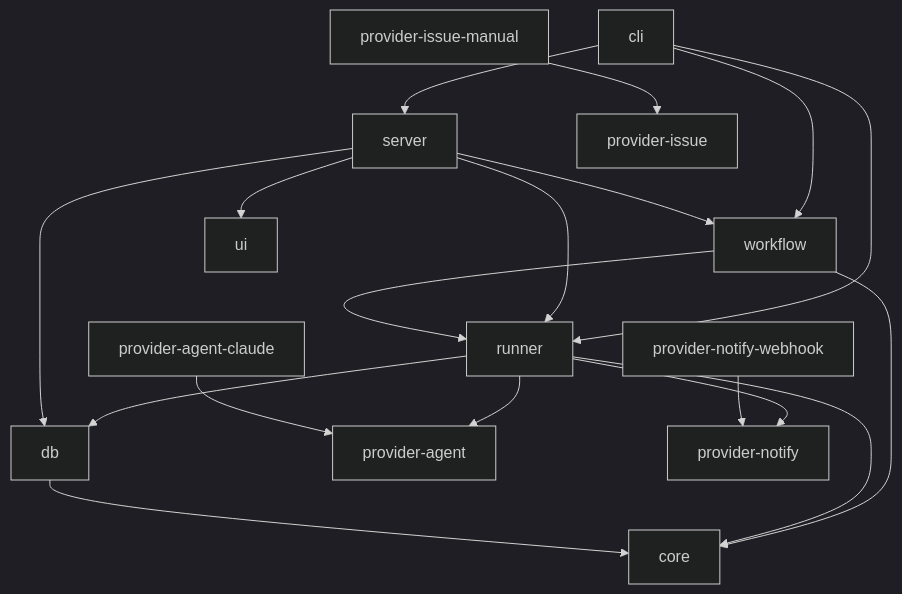
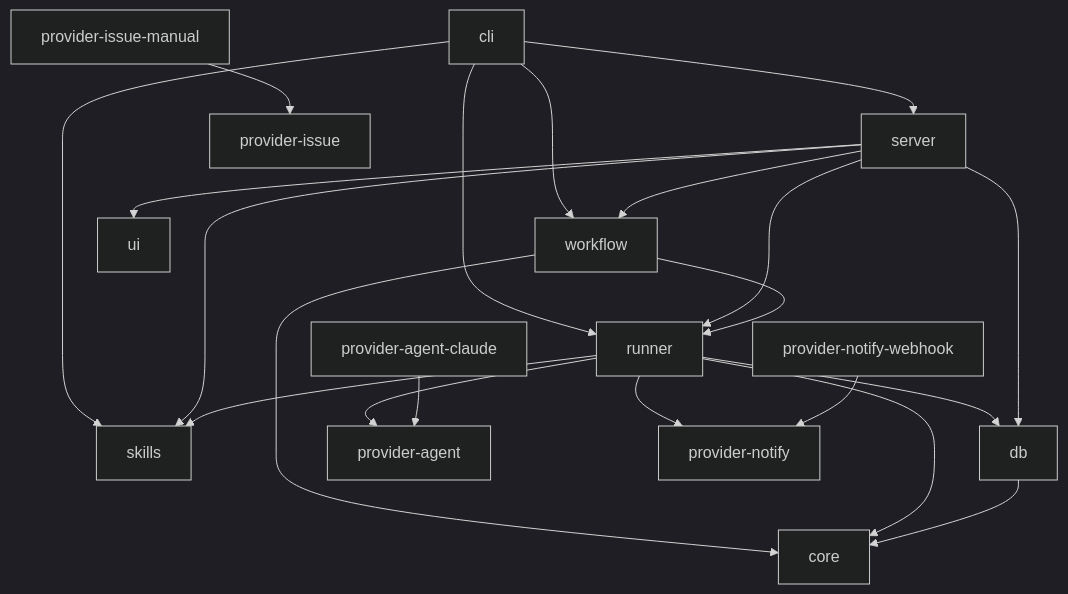
The first of 2 diagrams in docs/architecture.md (yangjieling/agent-desk), drawn with Mermaid (dark theme) before and after one commit. The commit also changed other lines of this file and 103 other files, not shown here.

First line of the commit message:
Add portable skills with CLI sync, web browser, and hb-cli seed packs.

````diff
--- a/docs/architecture.md
+++ b/docs/architecture.md
@@ -11,20 +12,23 @@
 ```mermaid
 flowchart TB
   cli --> server
   cli --> runner
   cli --> workflow
+  cli --> skills
   server --> runner
   server --> workflow
+  server --> skills
   server --> ui
   workflow --> runner
   workflow --> core
   runner --> core
   runner --> db
   runner --> provider-agent
   runner --> provider-notify
+  runner --> skills
   server --> db
   db --> core
   provider-agent-claude --> provider-agent
   provider-issue-manual --> provider-issue
   provider-notify-webhook --> provider-notify
 ```
````
